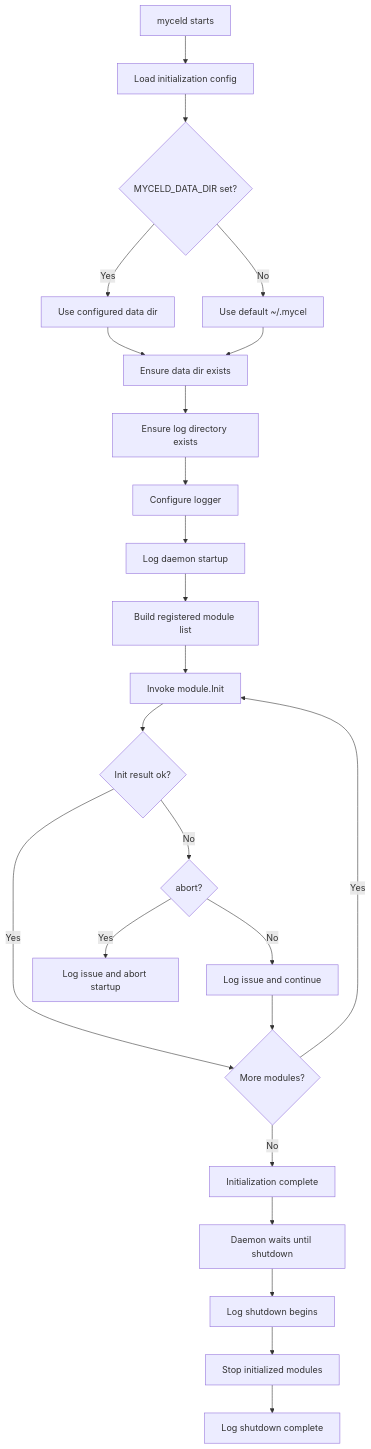
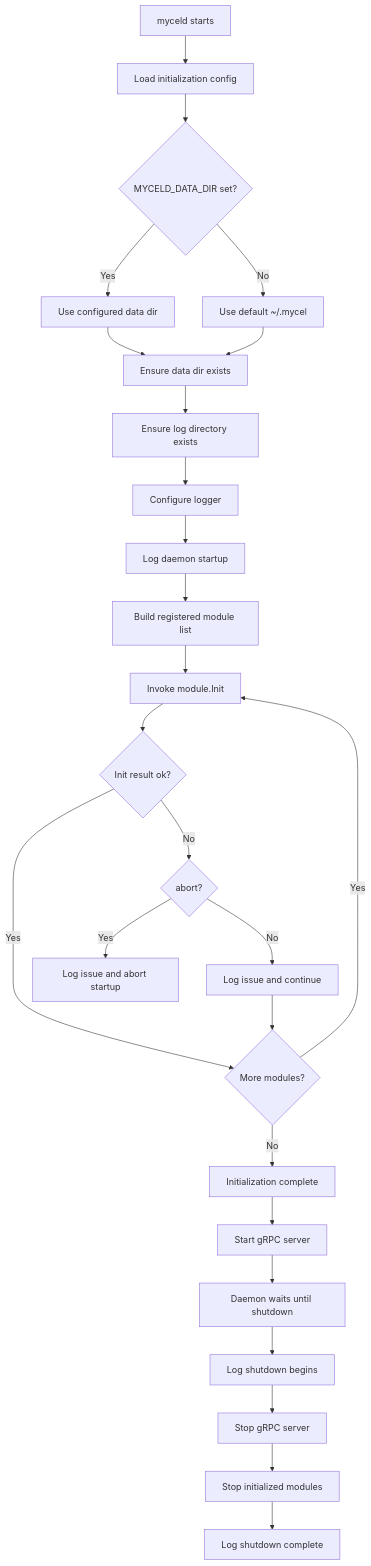
Before and after one commit to MycelDB/mycel: the first of 2 diagrams in docs/v2/design/initialization.md, drawn with Mermaid. The commit also changed other lines of this file and 47 other files, not shown here.

````diff
--- a/docs/v2/design/initialization.md
+++ b/docs/v2/design/initialization.md
@@ -197,26 +203,28 @@
 ```mermaid
 flowchart TD
   A[myceld starts] --> B[Load initialization config]
   B --> C{MYCELD_DATA_DIR set?}
   C -- Yes --> D[Use configured data dir]
   C -- No --> E[Use default ~/.mycel]
   D --> F[Ensure data dir exists]
   E --> F
   F --> G[Ensure log directory exists]
   G --> H[Configure logger]
   H --> I[Log daemon startup]
   I --> J[Build registered module list]
   J --> K[Invoke module.Init]
   K --> L{Init result ok?}
   L -- Yes --> M{More modules?}
   L -- No --> N{abort?}
   N -- Yes --> O[Log issue and abort startup]
   N -- No --> P[Log issue and continue]
   P --> M
   M -- Yes --> K
   M -- No --> Q[Initialization complete]
-  Q --> R[Daemon waits until shutdown]
-  R --> S[Log shutdown begins]
-  S --> T[Stop initialized modules]
-  T --> U[Log shutdown complete]
+  Q --> R[Start gRPC server]
+  R --> S[Daemon waits until shutdown]
+  S --> T[Log shutdown begins]
+  T --> U[Stop gRPC server]
+  U --> V[Stop initialized modules]
+  V --> W[Log shutdown complete]
 ```
````
